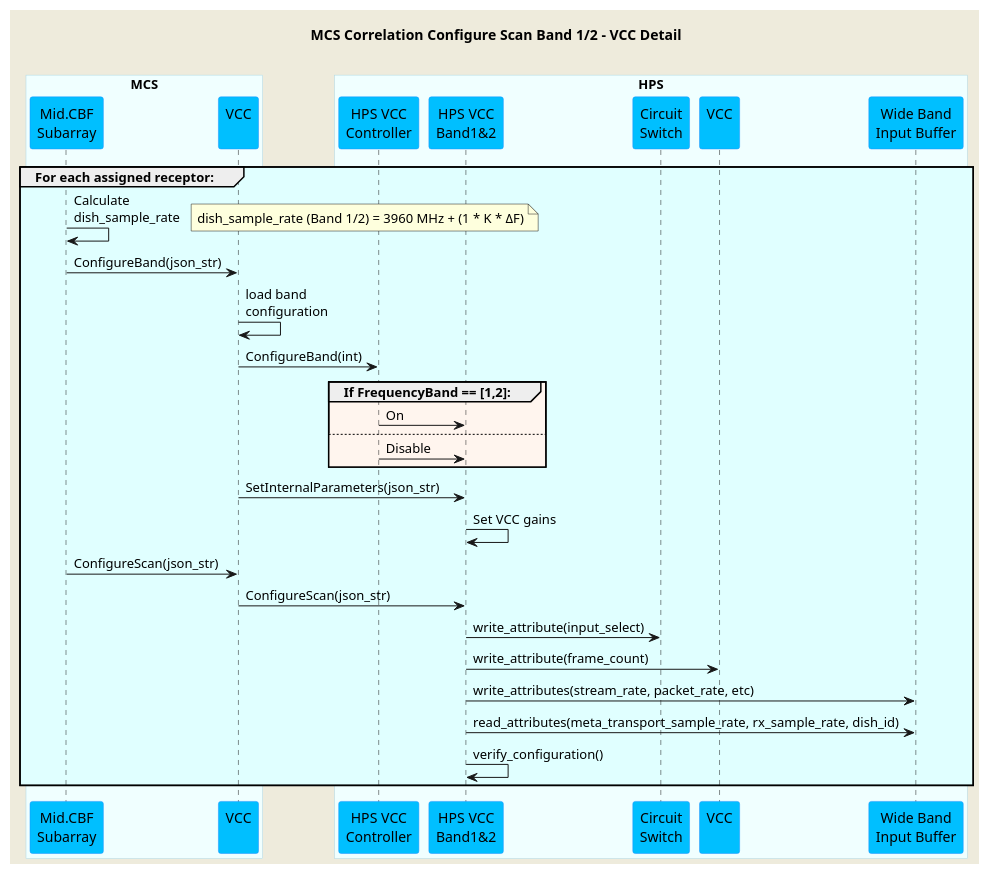
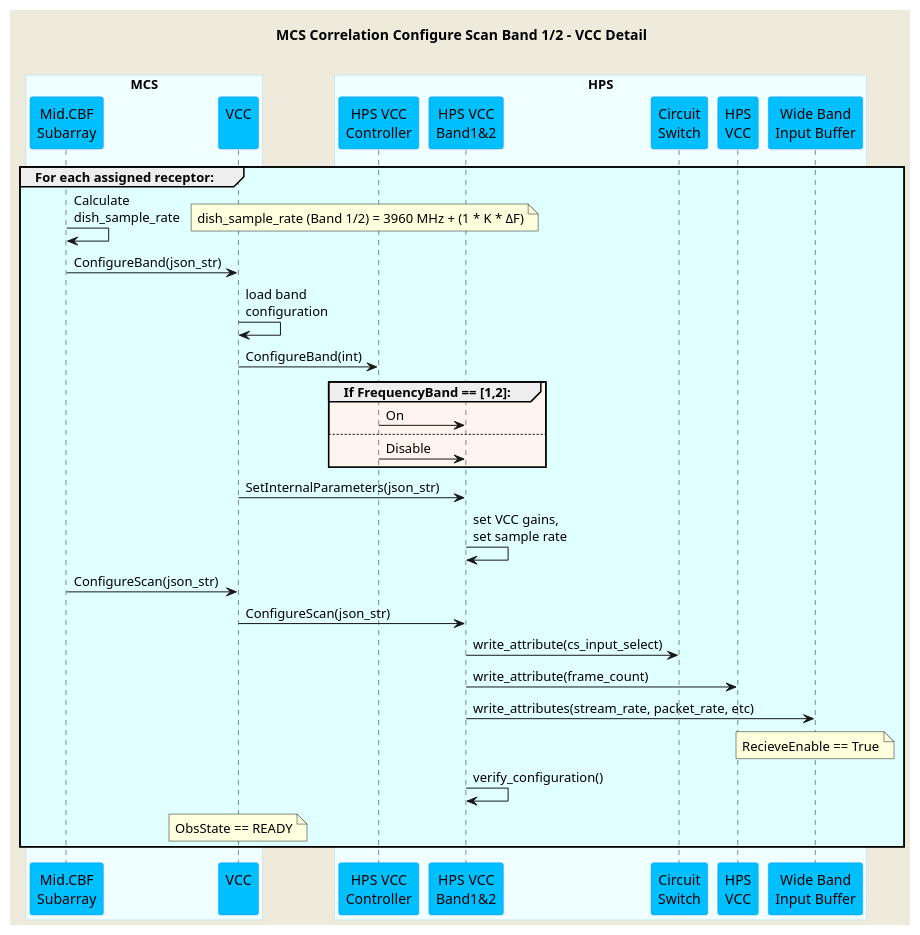
The diagram in docs/src/diagrams/configure-scan-vcc.puml (ska-telescope/mid-cbf-mcs), drawn with PlantUML before and after one commit. The commit also changed 2 other files, not shown here.

```diff
--- a/docs/src/diagrams/configure-scan-vcc.puml
+++ b/docs/src/diagrams/configure-scan-vcc.puml
@@ -1,53 +1,54 @@
 @startuml
 'https://plantuml.com/sequence-diagram
 
 skinparam backgroundColor #EEEBDC
 skinparam sequence {
 ParticipantBorderColor DodgerBlue
 ParticipantBackgroundColor DeepSkyBlue
 ActorBorderColor DarkGreen
 ActorBackgroundColor Green
 BoxBorderColor LightBlue
 BoxBackgroundColor #F0FFFF
 }
 
 title MCS Correlation Configure Scan Band 1/2 - VCC Detail\n
 
 box "MCS"
 participant "Mid.CBF\nSubarray" as subarray
 participant "VCC\n" as vcc
 end box
 
 box "HPS"
 participant "HPS VCC\nController" as hpsvcc
 participant "HPS VCC\nBand1&2" as vccband1
 participant "Circuit\nSwitch" as cs
-participant "VCC\n" as vccdevice
+participant "HPS\nVCC" as vccdevice
 participant "Wide Band\nInput Buffer" as wb
 end box
 
 group #LightCyan For each assigned receptor:
     subarray    -> subarray     : Calculate\ndish_sample_rate
     note right                  : dish_sample_rate (Band 1/2) = 3960 MHz + (1 * K * <U+0394>F)
     subarray    -> vcc          : ConfigureBand(json_str)
     vcc         -> vcc          : load band\nconfiguration
     vcc         -> hpsvcc       : ConfigureBand(int)
     group #SeaShell If FrequencyBand == [1,2]:
         hpsvcc  -> vccband1     : On
     else 
         hpsvcc  -> vccband1     : Disable
     end group
     vcc         -> vccband1     : SetInternalParameters(json_str)
-    vccband1    -> vccband1     : Set VCC gains
+    vccband1    -> vccband1     : set VCC gains,\nset sample rate
 
     subarray    -> vcc          : ConfigureScan(json_str)
     vcc         -> vccband1     : ConfigureScan(json_str)
-    vccband1    -> cs           : write_attribute(input_select)
+    vccband1    -> cs           : write_attribute(cs_input_select)
     vccband1    -> vccdevice    : write_attribute(frame_count)
     vccband1    -> wb           : write_attributes(stream_rate, packet_rate, etc)
-    vccband1    -> wb           : read_attributes(meta_transport_sample_rate, rx_sample_rate, dish_id)
+    note over wb                : RecieveEnable == True
     vccband1    -> vccband1     : verify_configuration()
+    note over vcc               : ObsState == READY
 end group
 
 
 @enduml
```
